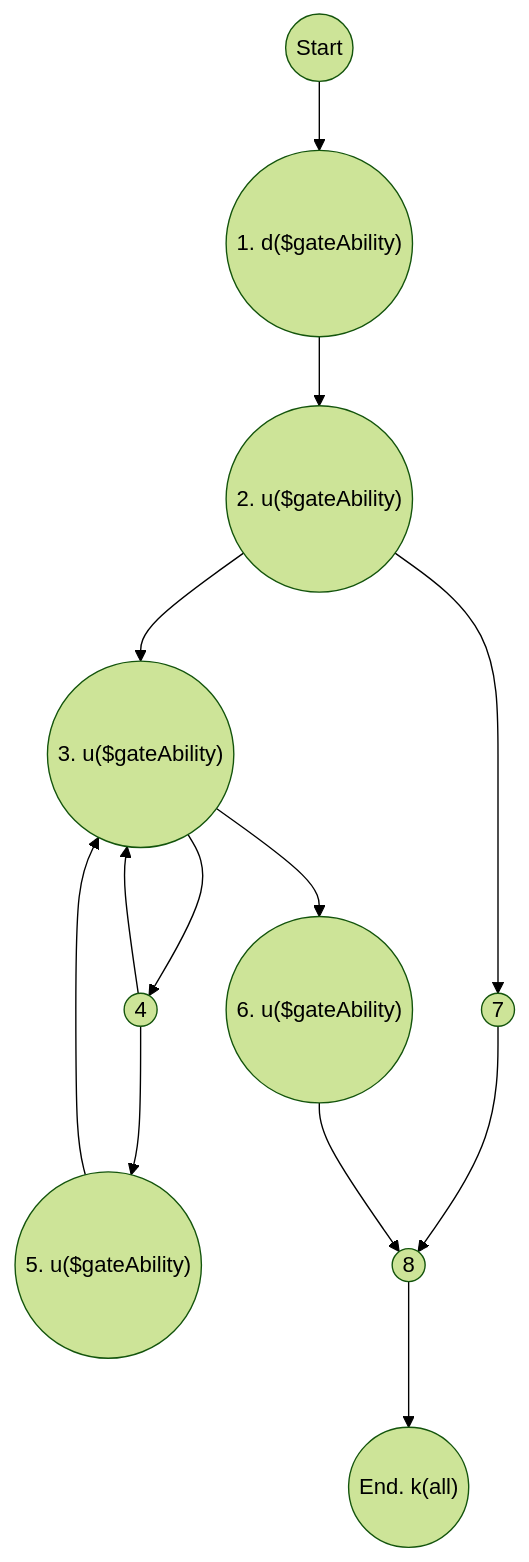
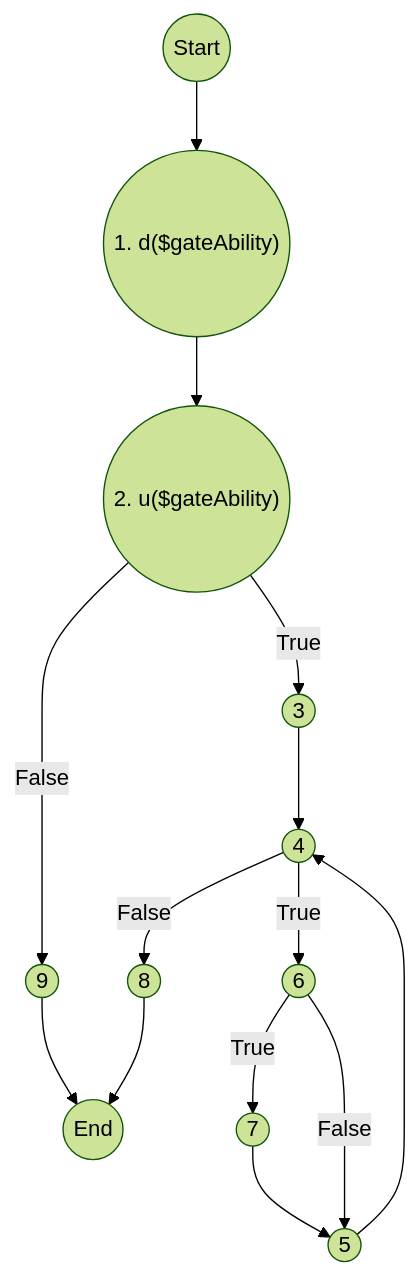
The second of 4 diagrams in _posts/2023-11-29-KTPM.md (tienminhvy/ghnotes), drawn with Mermaid (forest theme) before and after one commit. The commit also changed other lines of this file, not shown here.

````diff
--- a/_posts/2023-11-29-KTPM.md
+++ b/_posts/2023-11-29-KTPM.md
@@ -127,20 +134,22 @@
 ```mermaid
 flowchart TD
 p0(("Start"))
 p1(("1. d($gateAbility)"))
 p2(("2. u($gateAbility)"))
-p3(("3. u($gateAbility)"))
+p3(("3"))
 p4(("4"))
-p5(("5. u($gateAbility)"))
-p6(("6. u($gateAbility)"))
+p5(("5"))
+p6(("6"))
 p7(("7"))
 p8(("8"))
-pe(("End. k(all)"))
-p0-->p1-->p2-->p3-->p4-->p5
-p2-->p7
-p4-->p3
-p5-->p3
-p3-->p6
-p7-->p8-->pe
-p6-->p8
+p9(("9"))
+pe(("End"))
+p0-->p1-->p2--False-->p9-->pe
+p2--True-->p3-->p4
+p4--False-->p8-->pe
+p4--True-->p6
+p6--True-->p7
+p7-->p5
+p6--False-->p5
+p5-->p4
 ```
````
